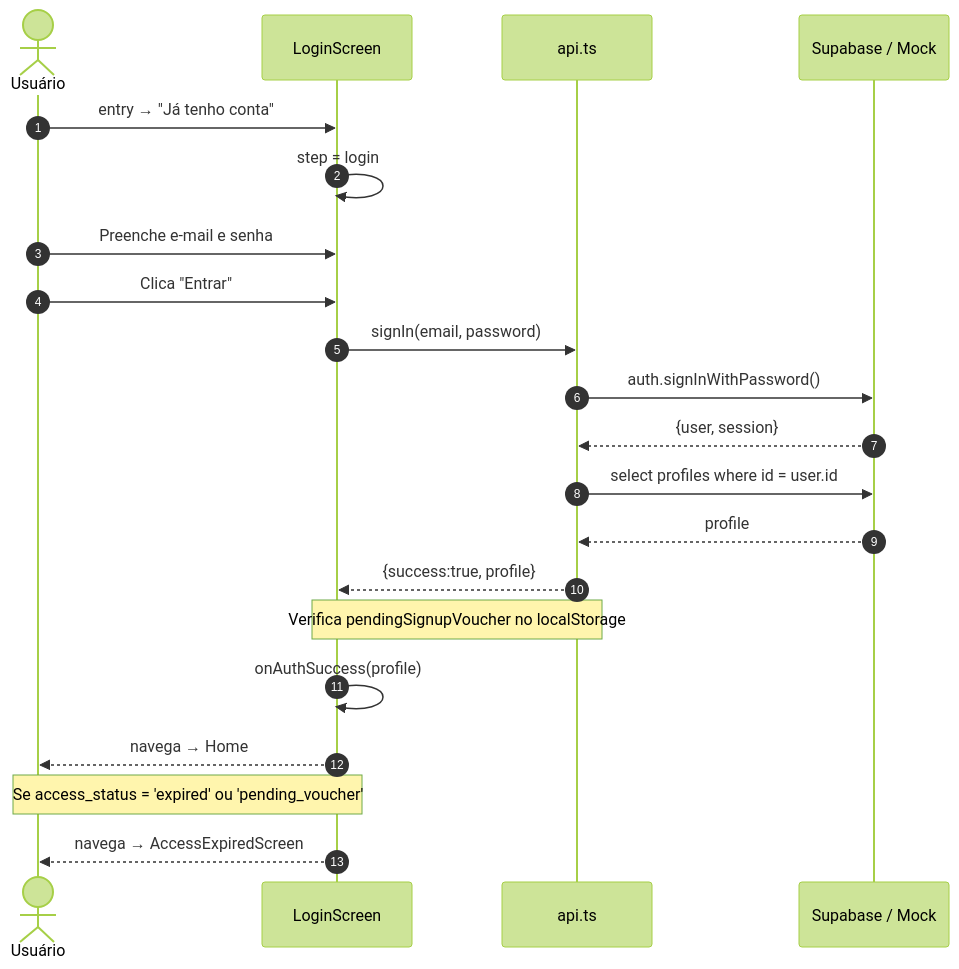
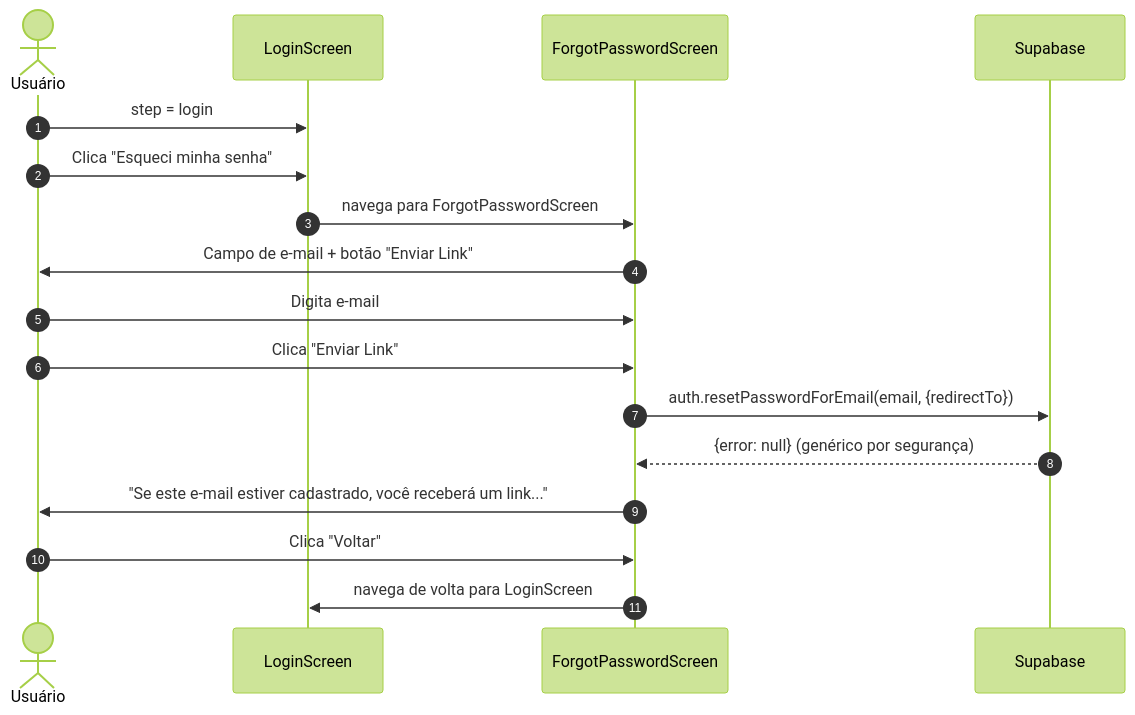
One commit to fabioaap/mundo-de-kaboo-1 changed the ninth of 15 diagrams in docs/JORNADAS.md. Above: the diagram before and after it, drawn with Mermaid (forest theme). The commit also changed other lines of this file and 107 other files, not shown here.

````diff
--- a/docs/JORNADAS.md
+++ b/docs/JORNADAS.md
@@ -186,27 +409,24 @@
 ```mermaid
 sequenceDiagram
     autonumber
     actor U as Usuário
     participant LS as LoginScreen
-    participant API as api.ts
-    participant SB as Supabase / Mock
+    participant FP as ForgotPasswordScreen
+    participant SB as Supabase
 
-    U->>LS: entry → "Já tenho conta"
-    LS->>LS: step = login
+    U->>LS: step = login
+    U->>LS: Clica "Esqueci minha senha"
+    LS->>FP: navega para ForgotPasswordScreen
 
-    U->>LS: Preenche e-mail e senha
-    U->>LS: Clica "Entrar"
-    LS->>API: signIn(email, password)
-    API->>SB: auth.signInWithPassword()
-    SB-->>API: {user, session}
-    API->>SB: select profiles where id = user.id
-    SB-->>API: profile
-    API-->>LS: {success:true, profile}
+    FP->>U: Campo de e-mail + botão "Enviar Link"
 
-    note over LS,API: Verifica pendingSignupVoucher no localStorage
-    LS->>LS: onAuthSuccess(profile)
-    LS-->>U: navega → Home
+    U->>FP: Digita e-mail
+    U->>FP: Clica "Enviar Link"
+    FP->>SB: auth.resetPasswordForEmail(email, {redirectTo})
 
-    note over U,LS: Se access_status = 'expired' ou 'pending_voucher'
-    LS-->>U: navega → AccessExpiredScreen
+    SB-->>FP: {error: null} (genérico por segurança)
+    FP->>U: "Se este e-mail estiver cadastrado, você receberá um link..."
+
+    U->>FP: Clica "Voltar"
+    FP->>LS: navega de volta para LoginScreen
 ```
````
